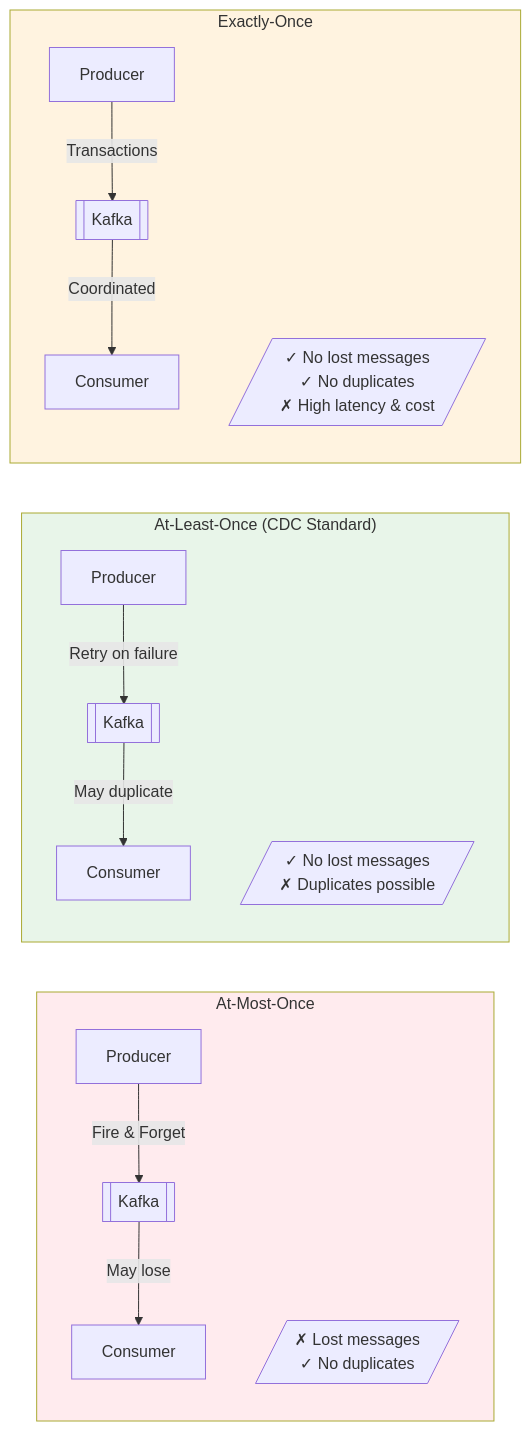
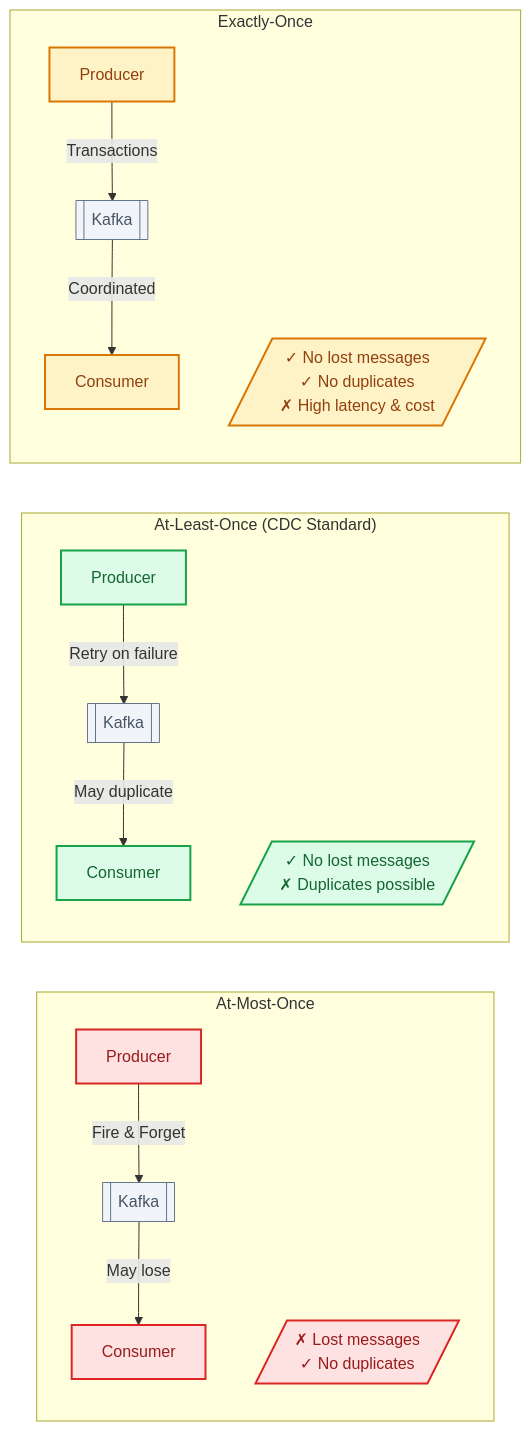
The fourth of 7 diagrams in gemini-responses/change-data-capture-cdc-20260120-0919.md (udaytamma/Cyrus), drawn with Mermaid before and after one commit. The commit also changed other lines of this file and 28 other files, not shown here.

First line of the commit message:
Upgrade Knowledge Base Mermaid diagrams to professional styling

````diff
--- a/gemini-responses/change-data-capture-cdc-20260120-0919.md
+++ b/gemini-responses/change-data-capture-cdc-20260120-0919.md
@@ -216,24 +228,33 @@
 ```mermaid
 flowchart LR
     subgraph AtMostOnce["At-Most-Once"]
-        P1[Producer] -->|Fire & Forget| K1[[Kafka]]
-        K1 -->|May lose| C1[Consumer]
+        P1[Producer] -->|"Fire & Forget"| K1[[Kafka]]
+        K1 -->|"May lose"| C1[Consumer]
         L1[/"✗ Lost messages<br/>✓ No duplicates"/]
     end
 
     subgraph AtLeastOnce["At-Least-Once (CDC Standard)"]
-        P2[Producer] -->|Retry on failure| K2[[Kafka]]
-        K2 -->|May duplicate| C2[Consumer]
+        P2[Producer] -->|"Retry on failure"| K2[[Kafka]]
+        K2 -->|"May duplicate"| C2[Consumer]
         L2[/"✓ No lost messages<br/>✗ Duplicates possible"/]
     end
 
     subgraph ExactlyOnce["Exactly-Once"]
-        P3[Producer] -->|Transactions| K3[[Kafka]]
-        K3 -->|Coordinated| C3[Consumer]
+        P3[Producer] -->|"Transactions"| K3[[Kafka]]
+        K3 -->|"Coordinated"| C3[Consumer]
         L3[/"✓ No lost messages<br/>✓ No duplicates<br/>✗ High latency & cost"/]
     end
 
-    style AtMostOnce fill:#ffebee
-    style AtLeastOnce fill:#e8f5e9
-    style ExactlyOnce fill:#fff3e0
+    classDef error fill:#fee2e2,stroke:#dc2626,color:#991b1b,stroke-width:2px
+    classDef success fill:#dcfce7,stroke:#16a34a,color:#166534,stroke-width:2px
+    classDef warning fill:#fef3c7,stroke:#d97706,color:#92400e,stroke-width:2px
+    classDef neutral fill:#f1f5f9,stroke:#64748b,color:#475569,stroke-width:1px
+
+    class P1,C1 error
+    class L1 error
+    class P2,C2 success
+    class L2 success
+    class P3,C3 warning
+    class L3 warning
+    class K1,K2,K3 neutral
 ```
````
